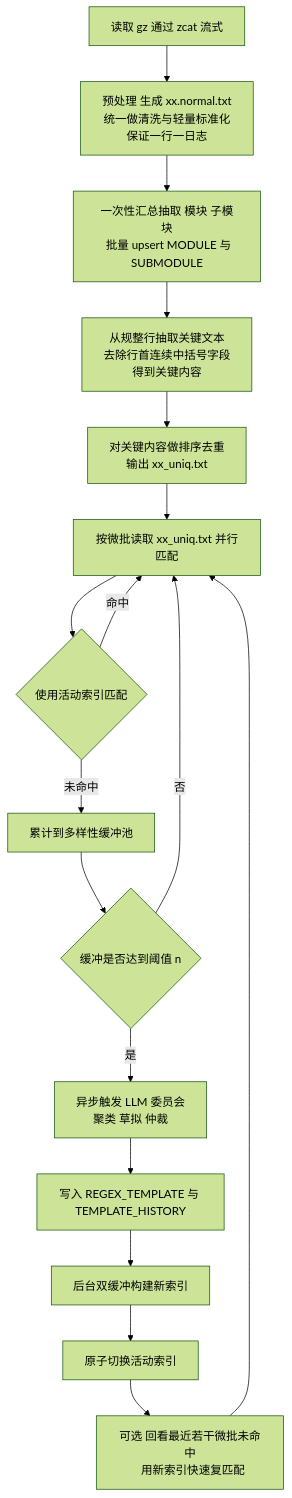
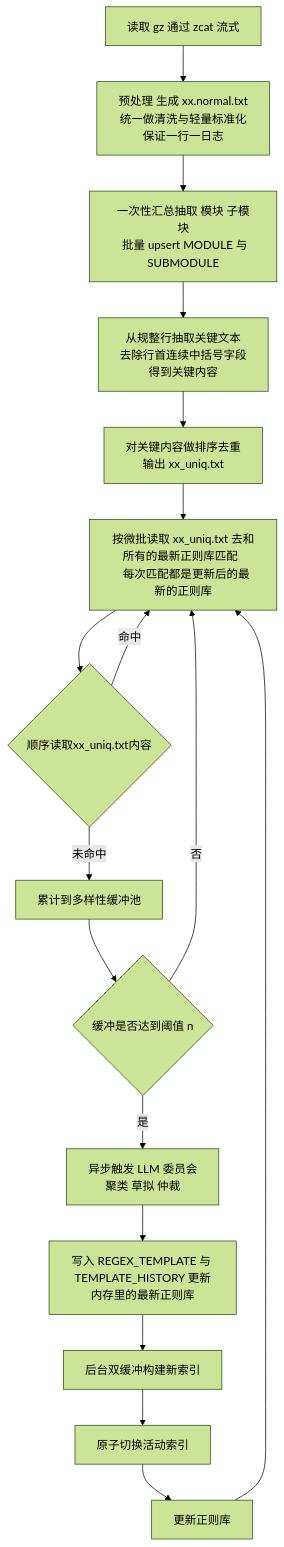
The second of 6 diagrams in docs/11.md (guangzhou/log_analyzer_imp), drawn with Mermaid (forest theme) before and after one commit. The commit also changed 13 other files, not shown here.

````diff
--- a/docs/11.md
+++ b/docs/11.md
@@ -41,28 +41,28 @@
 ```mermaid
 graph TD
   A1[读取 gz 通过 zcat 流式] --> A2[预处理 生成 xx.normal.txt
   统一做清洗与轻量标准化
   保证一行一日志]
   A2 --> A3[一次性汇总抽取 模块 子模块
   批量 upsert MODULE 与 SUBMODULE]
   A3 --> A4[从规整行抽取关键文本
   去除行首连续中括号字段
   得到关键内容]
   A4 --> A4b[对关键内容做排序去重
   输出 xx_uniq.txt]
-  A4b --> A5[按微批读取 xx_uniq.txt 并行匹配]
-  A5 --> A6{使用活动索引匹配}
+  A4b --> A5[按微批读取 xx_uniq.txt 去和所有的最新正则库匹配  
+  每次匹配都是更新后的最新的正则库]
+  A5 --> A6{顺序读取xx_uniq.txt内容}
   A6 -- 命中 --> A5
   A6 -- 未命中 --> A7[累计到多样性缓冲池]
   A7 --> A11{缓冲是否达到阈值 n}
   A11 -- 否 --> A5
   A11 -- 是 --> A12[异步触发 LLM 委员会
   聚类 草拟 仲裁]
-  A12 --> A13[写入 REGEX_TEMPLATE 与 TEMPLATE_HISTORY]
+  A12 --> A13[写入 REGEX_TEMPLATE 与 TEMPLATE_HISTORY 更新内存里的最新正则库]
   A13 --> A14[后台双缓冲构建新索引]
   A14 --> A15[原子切换活动索引]
-  A15 --> A16[可选 回看最近若干微批未命中
-  用新索引快速复匹配]
+  A15 --> A16[ 更新正则库]
   A16 --> A5
 
 ```
````
